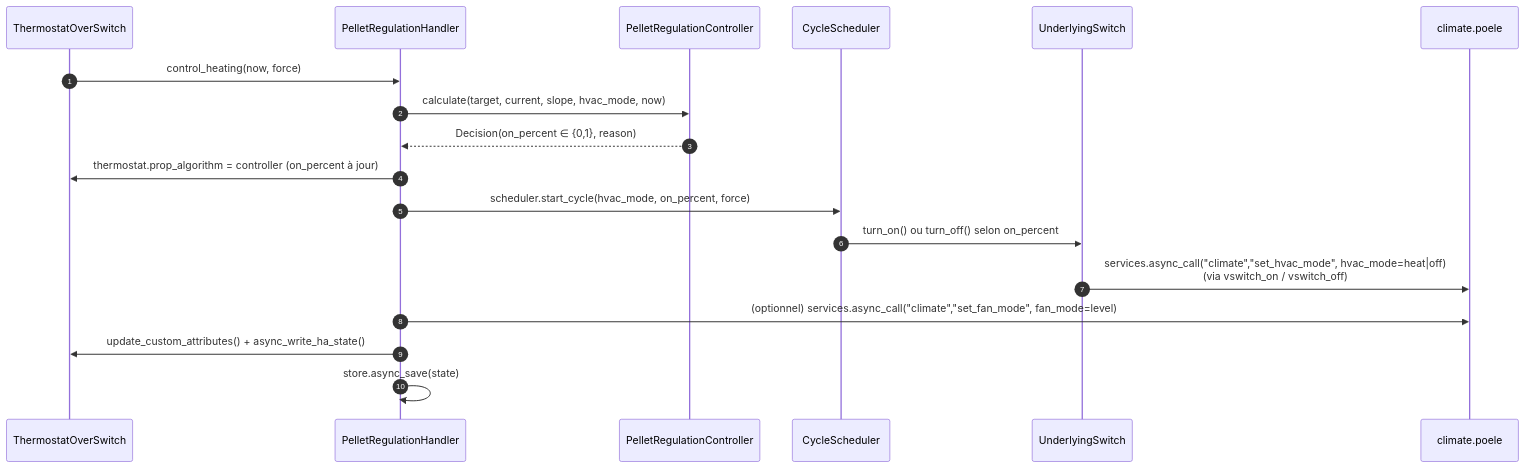
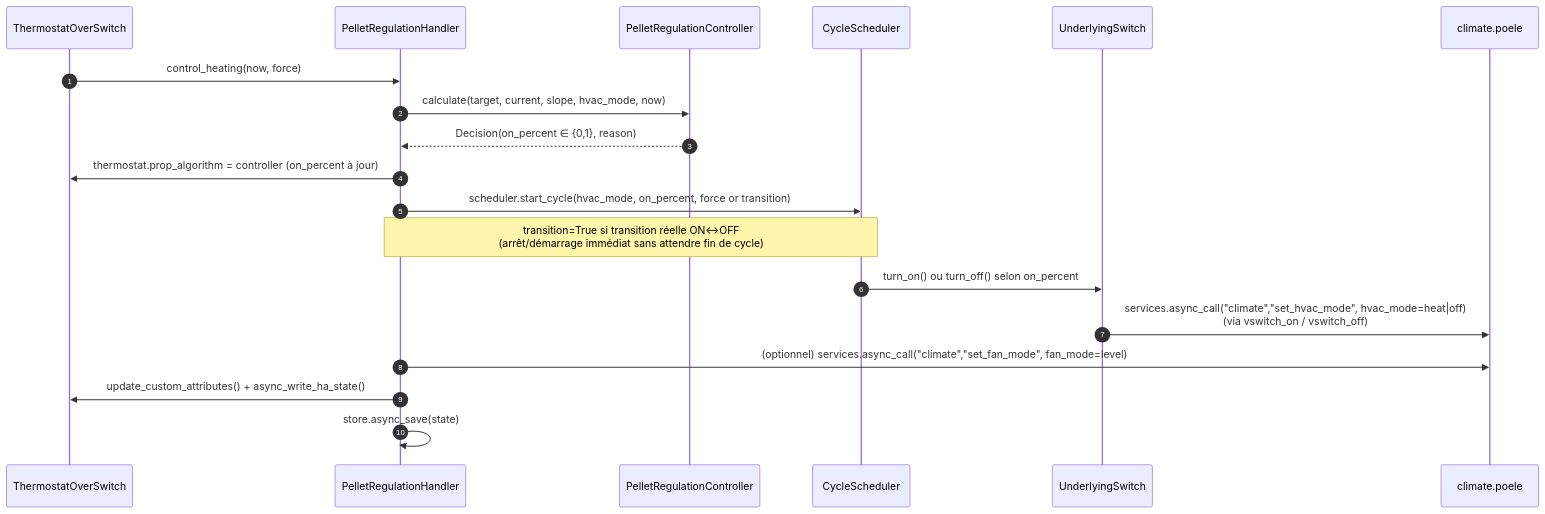
Before and after one commit to jmcollin78/vtherm_pellet_stove: the fifth of 7 diagrams in tech-docs/plugin-architecture.md, drawn with Mermaid. The commit also changed other lines of this file and 5 other files, not shown here.

Commit message:
Fix force update when transition ON->OFF or OFF->ON after time guard condition expires

````diff
--- a/tech-docs/plugin-architecture.md
+++ b/tech-docs/plugin-architecture.md
@@ -465,21 +465,22 @@
 ```mermaid
 sequenceDiagram
     autonumber
     participant VT as ThermostatOverSwitch
     participant H as PelletRegulationHandler
     participant C as PelletRegulationController
     participant SCH as CycleScheduler
     participant SW as UnderlyingSwitch
     participant POELE as climate.poele
 
     VT->>H: control_heating(now, force)
     H->>C: calculate(target, current, slope, hvac_mode, now)
     C-->>H: Decision(on_percent ∈ {0,1}, reason)
     H->>VT: thermostat.prop_algorithm = controller (on_percent à jour)
-    H->>SCH: scheduler.start_cycle(hvac_mode, on_percent, force)
+    H->>SCH: scheduler.start_cycle(hvac_mode, on_percent, force or transition)
+    Note over H,SCH: transition=True si transition réelle ON↔OFF<br/>(arrêt/démarrage immédiat sans attendre fin de cycle)
     SCH->>SW: turn_on() ou turn_off() selon on_percent
     SW->>POELE: services.async_call("climate","set_hvac_mode", hvac_mode=heat|off)<br/>(via vswitch_on / vswitch_off)
     H->>POELE: (optionnel) services.async_call("climate","set_fan_mode", fan_mode=level)
     H->>VT: update_custom_attributes() + async_write_ha_state()
     H->>H: store.async_save(state)
 ```
````
